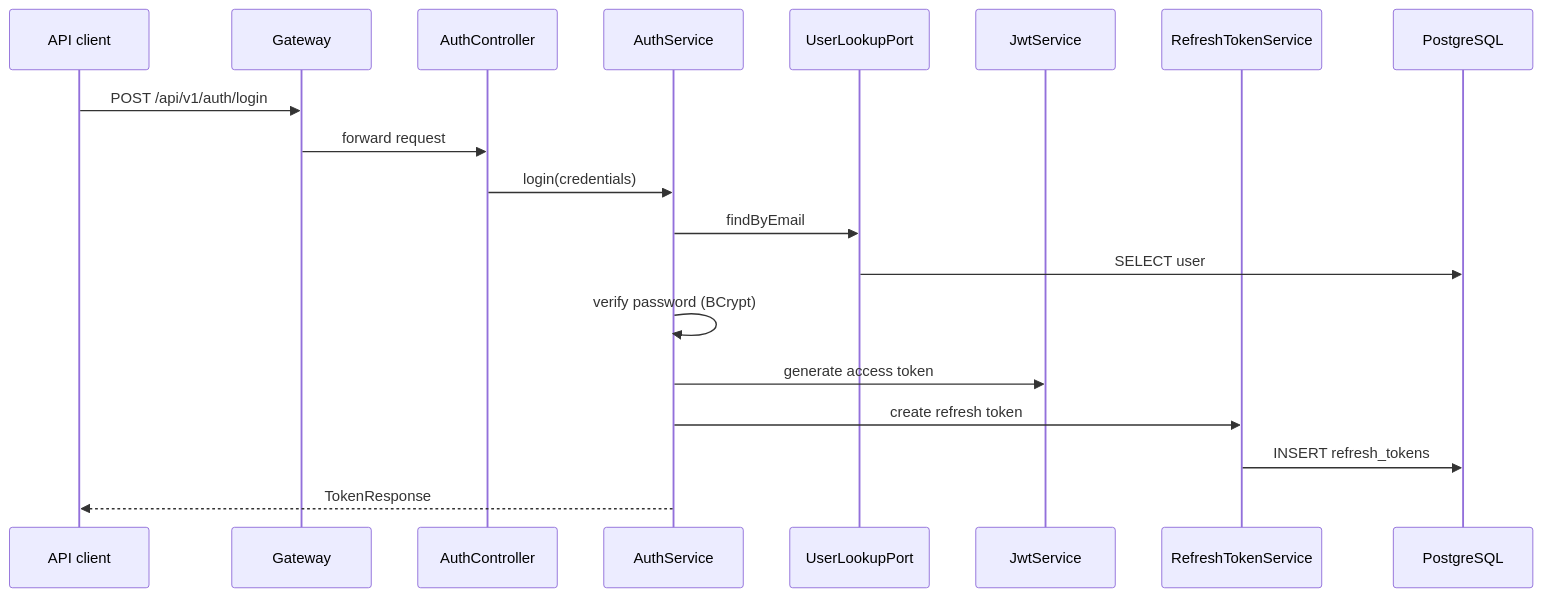
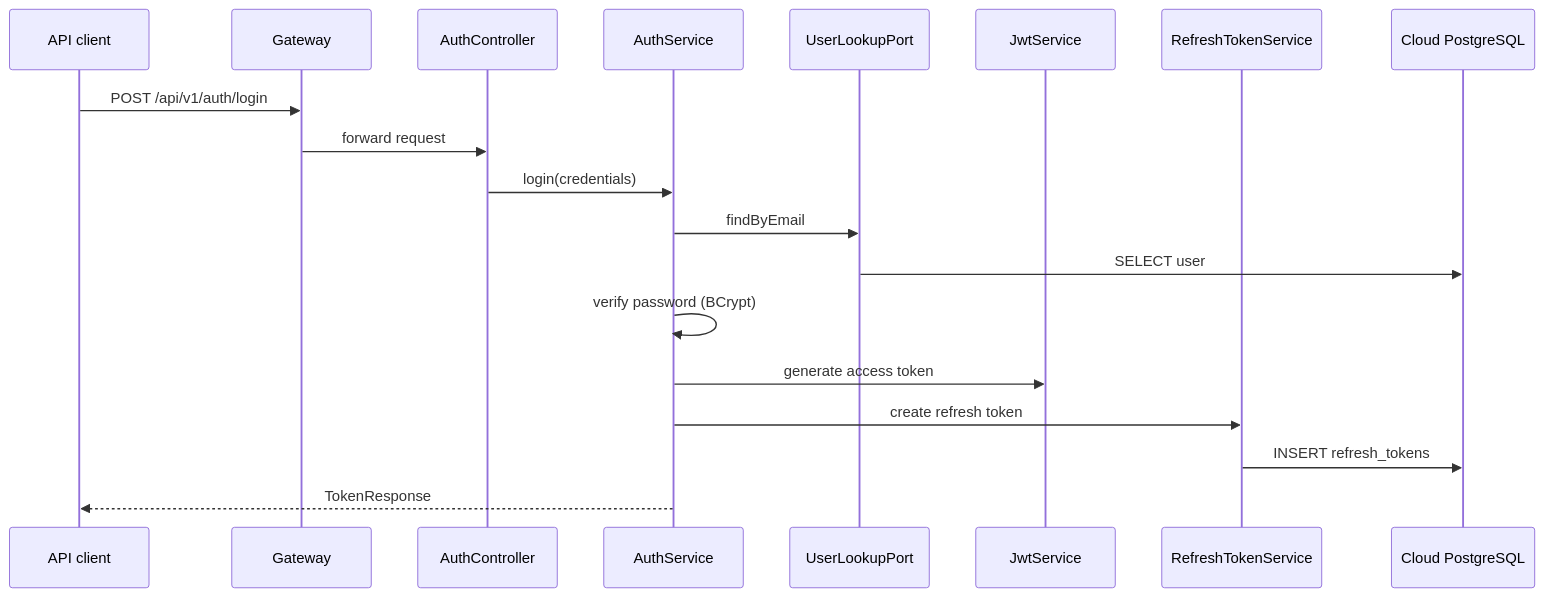
One commit to SlayerBit/linkflow changed the sixth of 11 diagrams in docs/system-design.md. Above: the diagram before and after it, drawn with Mermaid. The commit also changed other lines of this file and 8 other files, not shown here.

Commit message:
feat(infra): migrate PostgreSQL from Docker to Neon

````diff
--- a/docs/system-design.md
+++ b/docs/system-design.md
@@ -199,22 +199,22 @@
 ```mermaid
 sequenceDiagram
     participant Client as API client
     participant Gateway as Gateway
     participant AuthController as AuthController
     participant AuthService as AuthService
     participant UserLookup as UserLookupPort
     participant JwtService as JwtService
     participant RefreshTokens as RefreshTokenService
-    participant Database as PostgreSQL
+    participant Database as Cloud PostgreSQL
 
     Client->>Gateway: POST /api/v1/auth/login
     Gateway->>AuthController: forward request
     AuthController->>AuthService: login(credentials)
     AuthService->>UserLookup: findByEmail
     UserLookup->>Database: SELECT user
     AuthService->>AuthService: verify password (BCrypt)
     AuthService->>JwtService: generate access token
     AuthService->>RefreshTokens: create refresh token
     RefreshTokens->>Database: INSERT refresh_tokens
     AuthService-->>Client: TokenResponse
 ```
````
